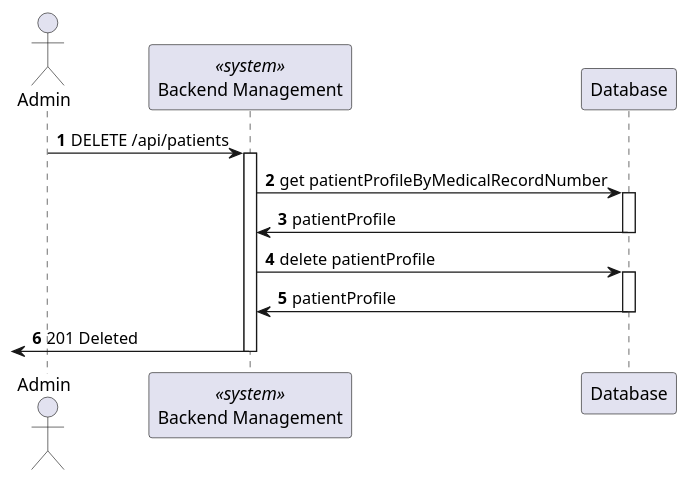
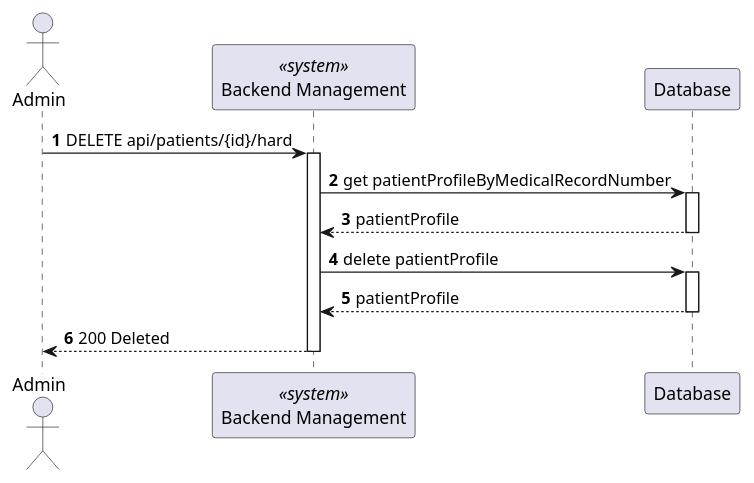
One commit to Lapr5G21/sem5pi-24-25-3ddg21 changed the diagram in docs/PatientProfileDelete/views/level3/process-view1.puml. Above: the diagram before and after it, drawn with PlantUML. The commit also changed 31 other files, not shown here.

```diff
--- a/docs/PatientProfileDelete/views/level3/process-view1.puml
+++ b/docs/PatientProfileDelete/views/level3/process-view1.puml
@@ -1,31 +1,31 @@
-@startuml Patient Profile Delete (level 3 - 1)
+@startuml PatientProfileDelete(level3-1)
 
 autonumber
 actor Admin as "Admin"
 participant BE as "Backend Management" <<system>>
 participant DB as "Database"
 
-Admin-> BE : DELETE /api/patients
+Admin -> BE : DELETE api/patients/{id}/hard
 activate BE
 
 BE -> DB : get patientProfileByMedicalRecordNumber
 
 activate DB 
 
-DB -> BE : patientProfile 
+DB --> BE : patientProfile 
 
 deactivate DB 
 
 BE -> DB : delete patientProfile
 
 activate DB 
 
-DB -> BE : patientProfile 
+DB --> BE : patientProfile 
 
 deactivate DB 
 
-<- BE : 201 Deleted
+BE --> Admin : 200 Deleted
 
 deactivate BE
 
 @enduml
```
